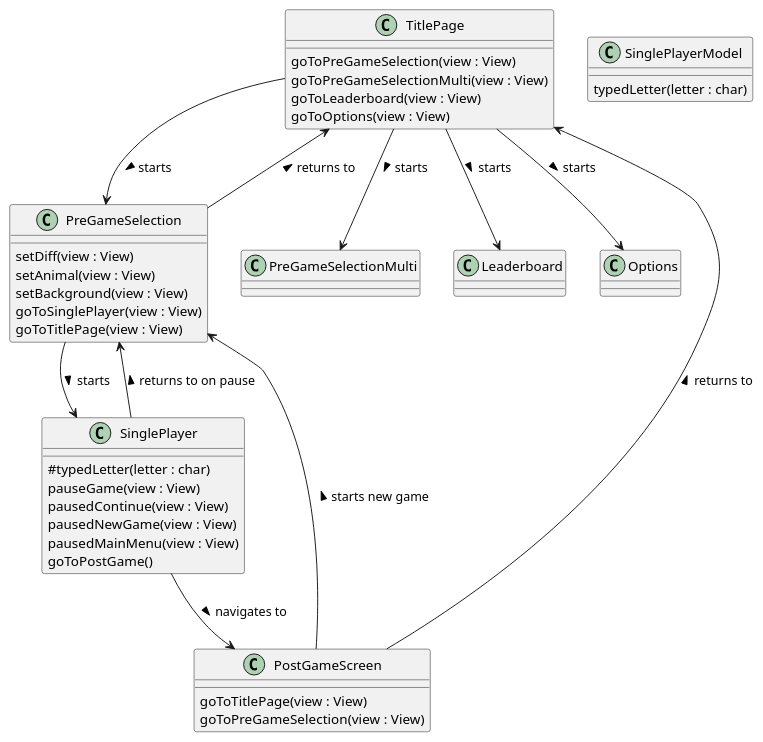
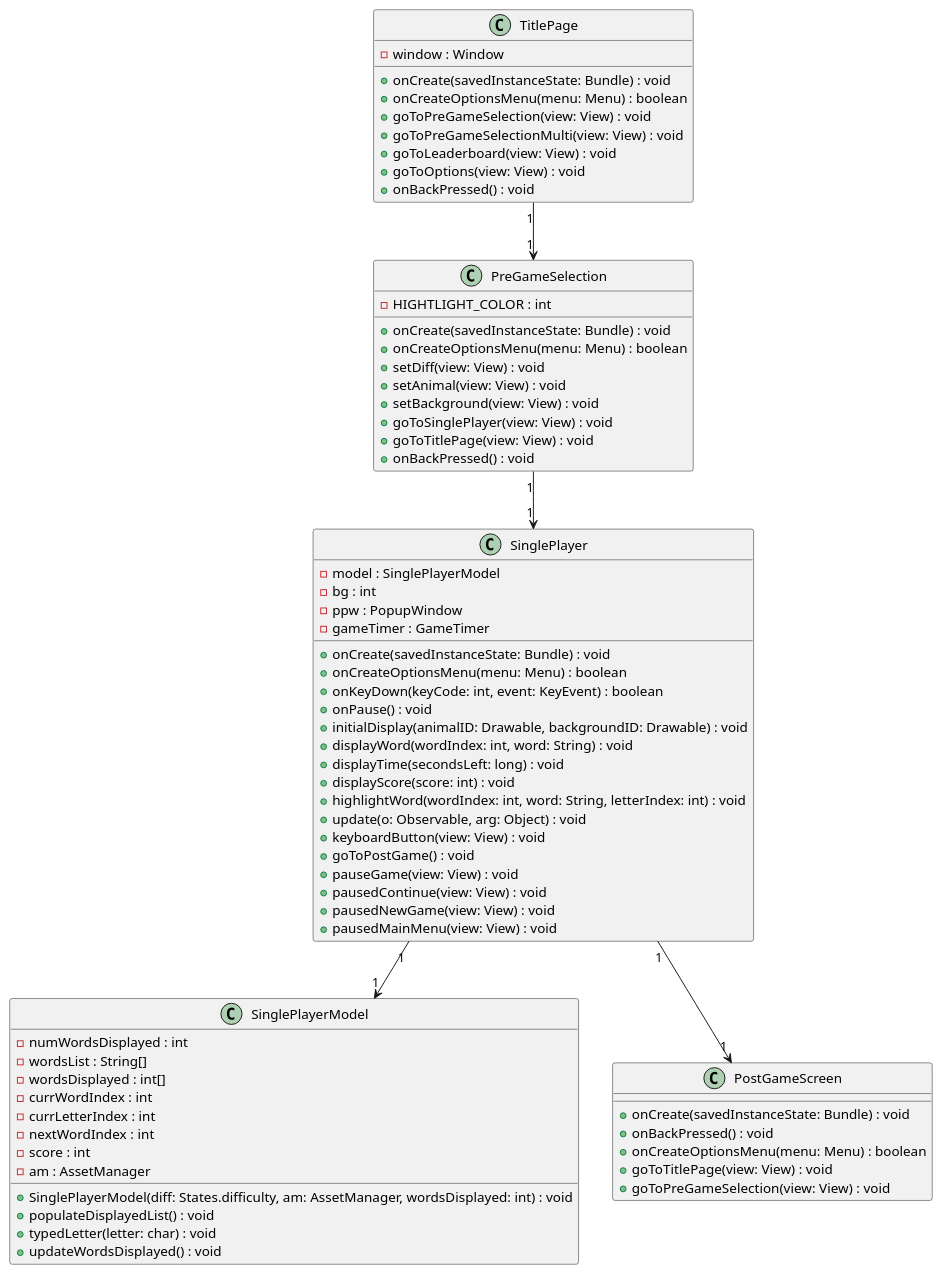
Before and after one commit to sh4r10/thesis-autogen-classdiagrams: the diagram in artefacts/pre-experiments/file-handling/project-1/gpt-diagram.puml, drawn with PlantUML. The commit also changed 2106 other files, not shown here.

```diff
--- a/artefacts/pre-experiments/file-handling/project-1/gpt-diagram.puml
+++ b/artefacts/pre-experiments/file-handling/project-1/gpt-diagram.puml
@@ -1,48 +1,77 @@
 @startuml
-skinparam classAttributeIconSize 0
 
 class TitlePage {
-    goToPreGameSelection(view : View)
-    goToPreGameSelectionMulti(view : View)
-    goToLeaderboard(view : View)
-    goToOptions(view : View)
+    - window : Window
+    + onCreate(savedInstanceState: Bundle) : void
+    + onCreateOptionsMenu(menu: Menu) : boolean
+    + goToPreGameSelection(view: View) : void
+    + goToPreGameSelectionMulti(view: View) : void
+    + goToLeaderboard(view: View) : void
+    + goToOptions(view: View) : void
+    + onBackPressed() : void
 }
 
 class PreGameSelection {
-    setDiff(view : View)
-    setAnimal(view : View)
-    setBackground(view : View)
-    goToSinglePlayer(view : View)
-    goToTitlePage(view : View)
+    - HIGHTLIGHT_COLOR : int
+    + onCreate(savedInstanceState: Bundle) : void
+    + onCreateOptionsMenu(menu: Menu) : boolean
+    + setDiff(view: View) : void
+    + setAnimal(view: View) : void
+    + setBackground(view: View) : void
+    + goToSinglePlayer(view: View) : void
+    + goToTitlePage(view: View) : void
+    + onBackPressed() : void
 }
 
 class SinglePlayer {
-    #typedLetter(letter : char)
-    pauseGame(view : View)
-    pausedContinue(view : View)
-    pausedNewGame(view : View)
-    pausedMainMenu(view : View)
-    goToPostGame()
+    - model : SinglePlayerModel
+    - bg : int
+    - ppw : PopupWindow
+    - gameTimer : GameTimer
+    + onCreate(savedInstanceState: Bundle) : void
+    + onCreateOptionsMenu(menu: Menu) : boolean
+    + onKeyDown(keyCode: int, event: KeyEvent) : boolean
+    + onPause() : void
+    + initialDisplay(animalID: Drawable, backgroundID: Drawable) : void
+    + displayWord(wordIndex: int, word: String) : void
+    + displayTime(secondsLeft: long) : void
+    + displayScore(score: int) : void
+    + highlightWord(wordIndex: int, word: String, letterIndex: int) : void
+    + update(o: Observable, arg: Object) : void
+    + keyboardButton(view: View) : void
+    + goToPostGame() : void
+    + pauseGame(view: View) : void
+    + pausedContinue(view: View) : void
+    + pausedNewGame(view: View) : void
+    + pausedMainMenu(view: View) : void
 }
 
 class SinglePlayerModel {
-    typedLetter(letter : char)
+    - numWordsDisplayed : int
+    - wordsList : String[]
+    - wordsDisplayed : int[]
+    - currWordIndex : int
+    - currLetterIndex : int
+    - nextWordIndex : int
+    - score : int
+    - am : AssetManager
+    + SinglePlayerModel(diff: States.difficulty, am: AssetManager, wordsDisplayed: int) : void
+    + populateDisplayedList() : void
+    + typedLetter(letter: char) : void
+    + updateWordsDisplayed() : void
 }
 
 class PostGameScreen {
-    goToTitlePage(view : View)
-    goToPreGameSelection(view : View)
+    + onCreate(savedInstanceState: Bundle) : void
+    + onBackPressed() : void
+    + onCreateOptionsMenu(menu: Menu) : boolean
+    + goToTitlePage(view: View) : void
+    + goToPreGameSelection(view: View) : void
 }
 
-TitlePage --> PreGameSelection : starts >
-TitlePage --> "PreGameSelectionMulti" : starts >
-TitlePage --> "Leaderboard" : starts >
-TitlePage --> "Options" : starts >
-PreGameSelection --> TitlePage : returns to >
-PreGameSelection --> SinglePlayer : starts >
-SinglePlayer --> PostGameScreen : navigates to >
-SinglePlayer --> PreGameSelection : returns to on pause >
-PostGameScreen --> TitlePage : returns to >
-PostGameScreen --> PreGameSelection : starts new game >
+TitlePage "1" --> "1" PreGameSelection
+PreGameSelection "1" --> "1" SinglePlayer
+SinglePlayer "1" --> "1" SinglePlayerModel
+SinglePlayer "1" --> "1" PostGameScreen
 
 @enduml
```
